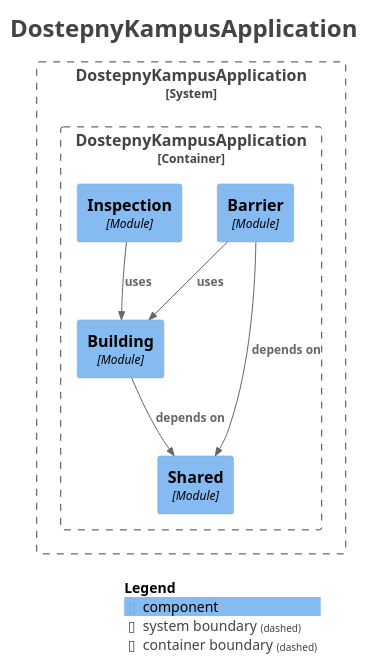
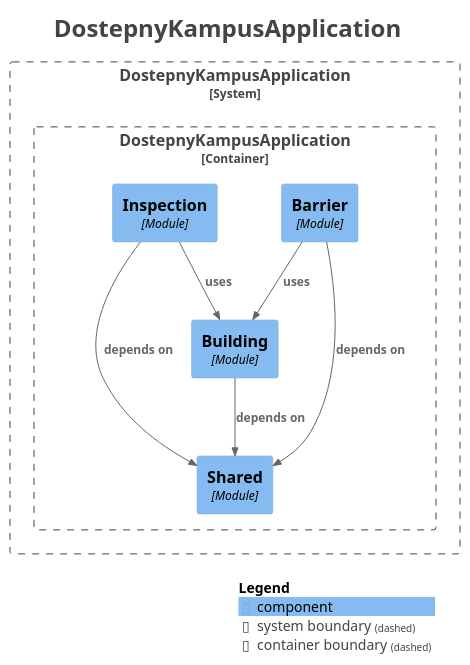
Before and after one commit to dostepny-kampus/dostepny-kampus: the diagram in docs/docs/architektura/moduly-serwera.iuml, drawn with PlantUML. The commit also changed 1 other file, not shown here.

Commit message:
docs(architektura): moduł inspection zależy też od shared w schemacie modułów

```diff
--- a/docs/docs/architektura/moduly-serwera.iuml
+++ b/docs/docs/architektura/moduly-serwera.iuml
@@ -1,35 +1,36 @@
 @startuml
 title <size:24>DostepnyKampusApplication</size>
 
 set separator none
 top to bottom direction
 
 <style>
   root {
     BackgroundColor: #ffffff
     FontColor: #444444
   }
 </style>
 
 !include <C4/C4>
 !include <C4/C4_Context>
 !include <C4/C4_Component>
 
 System_Boundary("DostepnyKampusApplication_boundary", "DostepnyKampusApplication", $tags="") {
   Container_Boundary("DostepnyKampusApplication.DostepnyKampusApplication_boundary", "DostepnyKampusApplication", $tags="") {
     Component(DostepnyKampusApplication.DostepnyKampusApplication.Shared, "Shared", $techn="Module", $descr="", $tags="", $link="")
     Component(DostepnyKampusApplication.DostepnyKampusApplication.Building, "Building", $techn="Module", $descr="", $tags="", $link="")
     Component(DostepnyKampusApplication.DostepnyKampusApplication.Barrier, "Barrier", $techn="Module", $descr="", $tags="", $link="")
     Component(DostepnyKampusApplication.DostepnyKampusApplication.Inspection, "Inspection", $techn="Module", $descr="", $tags="", $link="")
   }
 
 }
 
 Rel(DostepnyKampusApplication.DostepnyKampusApplication.Building, DostepnyKampusApplication.DostepnyKampusApplication.Shared, "depends on", $techn="", $tags="", $link="")
 Rel(DostepnyKampusApplication.DostepnyKampusApplication.Barrier, DostepnyKampusApplication.DostepnyKampusApplication.Shared, "depends on", $techn="", $tags="", $link="")
 Rel(DostepnyKampusApplication.DostepnyKampusApplication.Barrier, DostepnyKampusApplication.DostepnyKampusApplication.Building, "uses", $techn="", $tags="", $link="")
+Rel(DostepnyKampusApplication.DostepnyKampusApplication.Inspection, DostepnyKampusApplication.DostepnyKampusApplication.Shared, "depends on", $techn="", $tags="", $link="")
 Rel(DostepnyKampusApplication.DostepnyKampusApplication.Inspection, DostepnyKampusApplication.DostepnyKampusApplication.Building, "uses", $techn="", $tags="", $link="")
 
 SHOW_LEGEND(true)
 hide stereotypes
 @enduml
```
